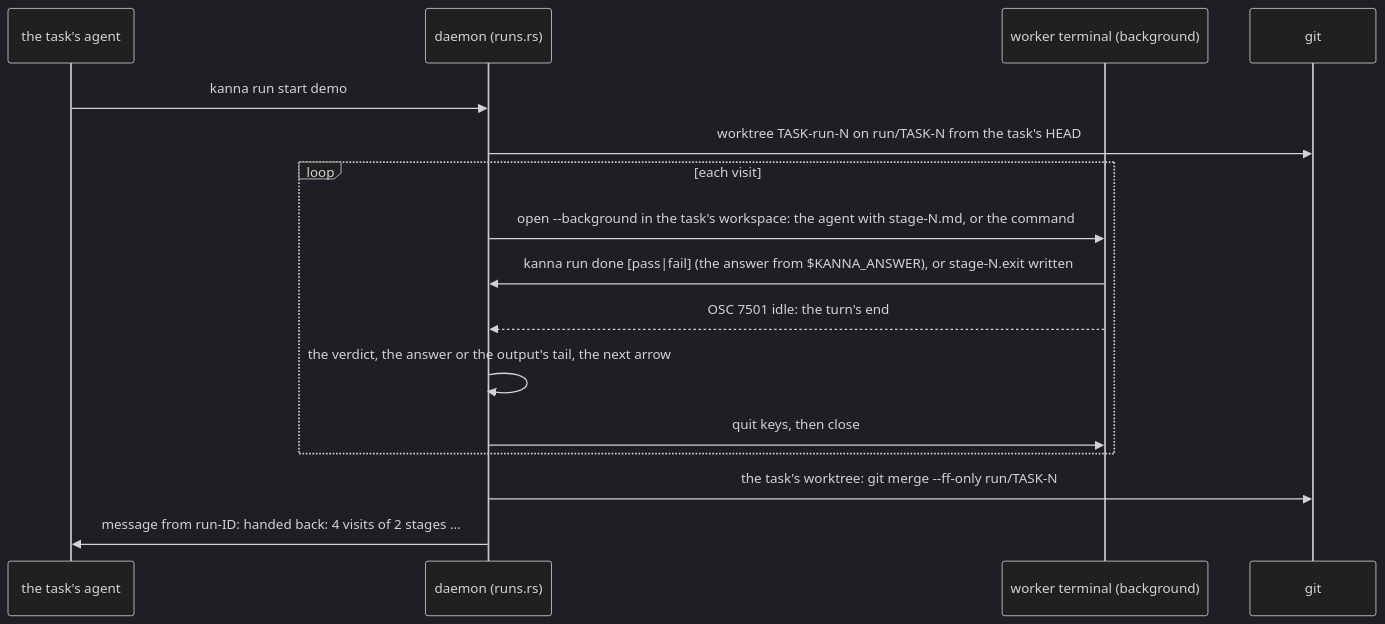
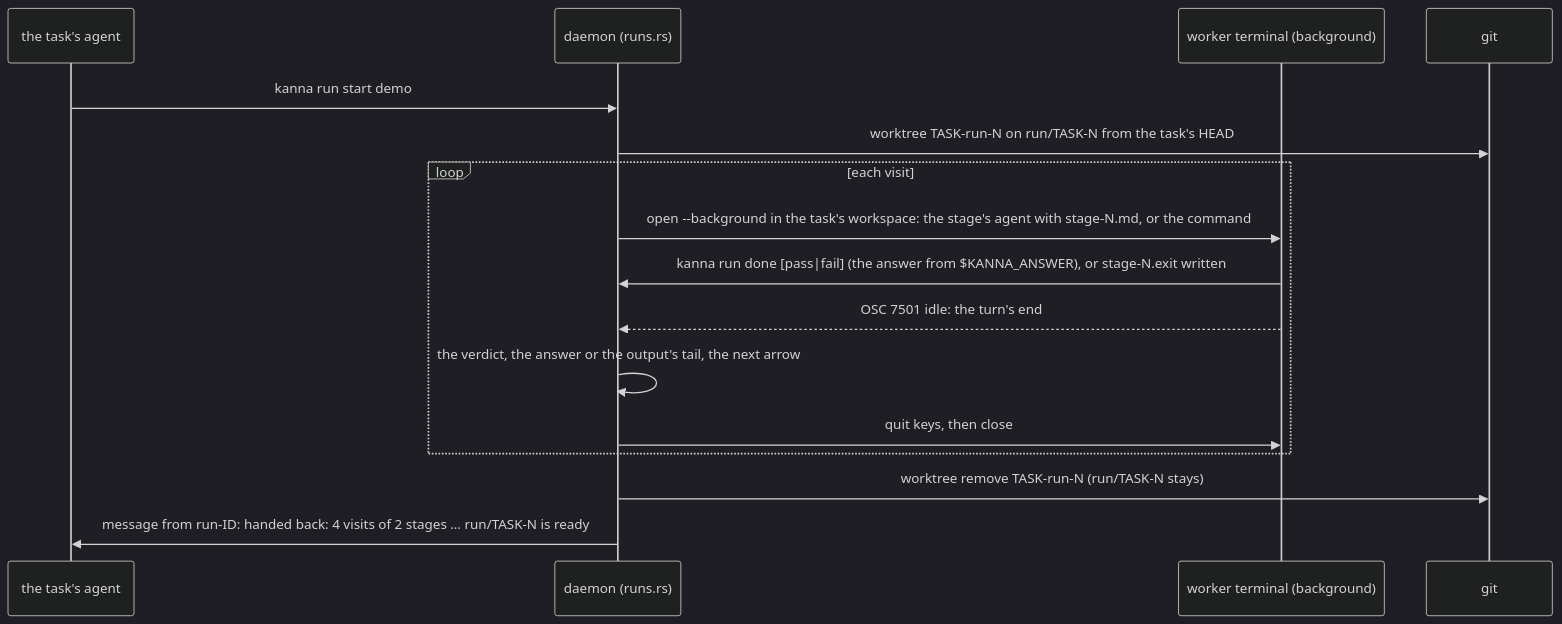
One commit to tampopogk/kanna changed the fifth of 5 diagrams in docs/specs/software-factory.md. Above: the diagram before and after it, drawn with Mermaid (dark theme). The commit also changed other lines of this file and 3 other files, not shown here.

Commit message:
A run hands back by telling the task's agent its branch is ready and how to take it; the task's worktree and branch stay as they are; the factory spec names the task's agent and a stage's agent apart

````diff
--- a/docs/specs/software-factory.md
+++ b/docs/specs/software-factory.md
@@ -162,18 +162,18 @@
 ```mermaid
 sequenceDiagram
     participant A as the task's agent
     participant D as daemon (runs.rs)
     participant W as worker terminal (background)
     participant G as git
     A->>D: kanna run start demo
     D->>G: worktree TASK-run-N on run/TASK-N from the task's HEAD
     loop each visit
-        D->>W: open --background in the task's workspace: the agent with stage-N.md, or the command
+        D->>W: open --background in the task's workspace: the stage's agent with stage-N.md, or the command
         W->>D: kanna run done [pass|fail] (the answer from $KANNA_ANSWER), or stage-N.exit written
         W-->>D: OSC 7501 idle: the turn's end
         D->>D: the verdict, the answer or the output's tail, the next arrow
         D->>W: quit keys, then close
     end
-    D->>G: the task's worktree: git merge --ff-only run/TASK-N
-    D->>A: message from run-ID: handed back: 4 visits of 2 stages …
+    D->>G: worktree remove TASK-run-N (run/TASK-N stays)
+    D->>A: message from run-ID: handed back: 4 visits of 2 stages … run/TASK-N is ready
 ```
````
